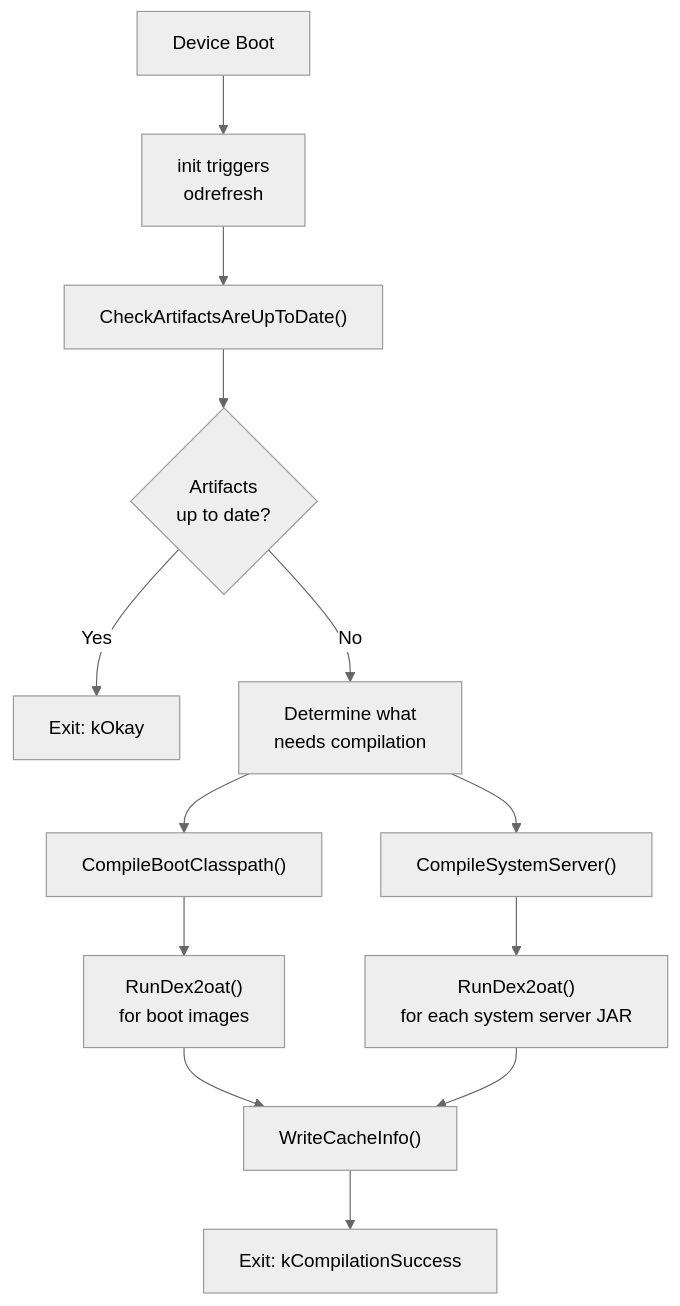
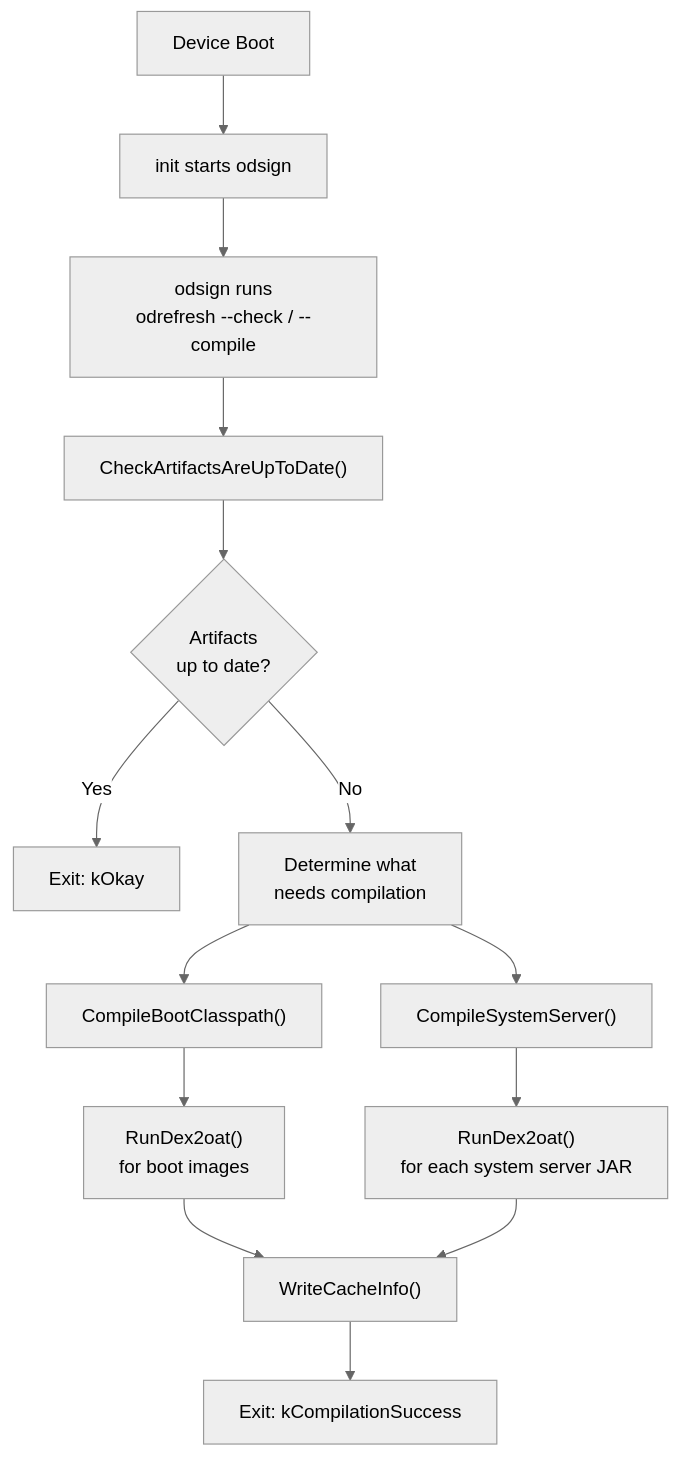
One commit to aospbooks/aosp-internal-book changed diagram 20 of 28 in 18-art-runtime.md. Above: the diagram before and after it, drawn with Mermaid (neutral theme). The commit also changed other lines of this file and 218 other files, not shown here.

````diff
--- a/18-art-runtime.md
+++ b/18-art-runtime.md
@@ -3613,15 +3668,16 @@
 ```mermaid
 flowchart TD
-    A["Device Boot"] --> B["init triggers\nodrefresh"]
-    B --> C["CheckArtifactsAreUpToDate()"]
+    A["Device Boot"] --> B["init starts odsign"]
+    B --> B2["odsign runs\nodrefresh --check / --compile"]
+    B2 --> C["CheckArtifactsAreUpToDate()"]
     C --> D{"Artifacts\nup to date?"}
     D -->|Yes| E["Exit: kOkay"]
     D -->|No| F["Determine what\nneeds compilation"]
     F --> G["CompileBootClasspath()"]
     F --> H["CompileSystemServer()"]
     G --> I["RunDex2oat()\nfor boot images"]
     H --> J["RunDex2oat()\nfor each system server JAR"]
     I --> K["WriteCacheInfo()"]
     J --> K
     K --> L["Exit: kCompilationSuccess"]
 ```
````
